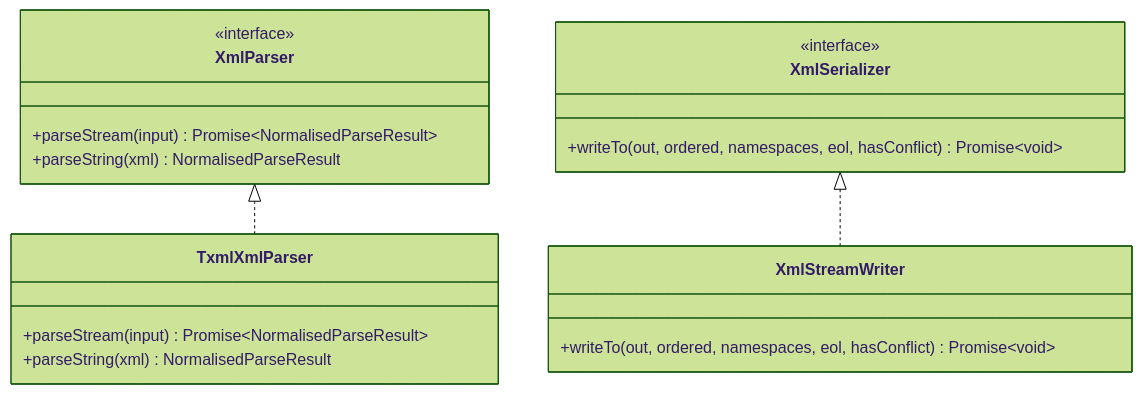
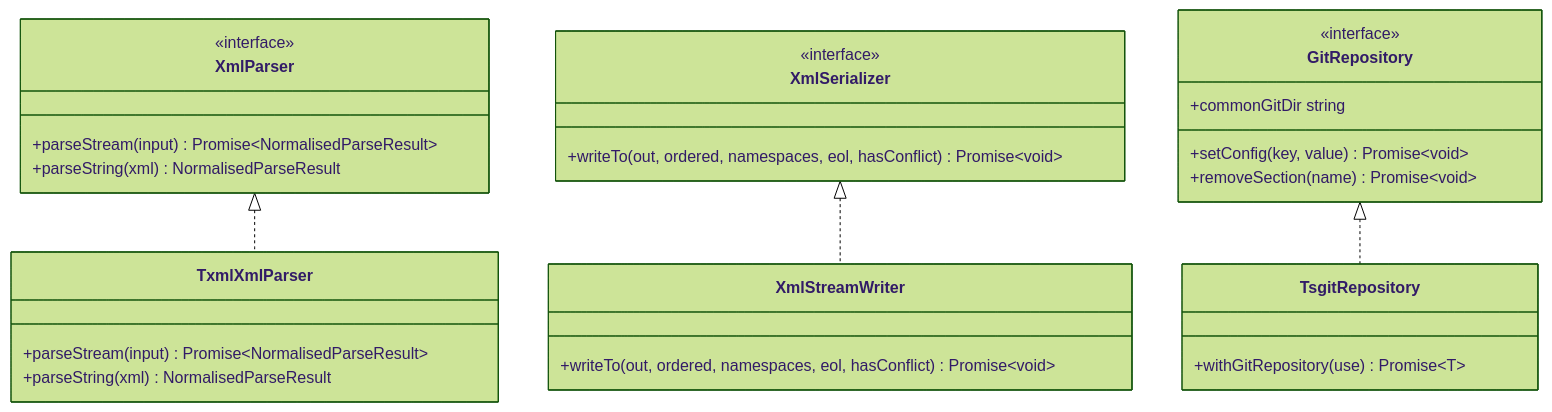
The fourth of 8 diagrams in DESIGN.md (scolladon/sf-git-merge-driver), drawn with Mermaid (forest theme) before and after one commit. The commit also changed other lines of this file and 18 other files, not shown here.

Commit message:
fix(git): resolve the repository without shelling out to git (#215)

````diff
--- a/DESIGN.md
+++ b/DESIGN.md
@@ -165,25 +165,38 @@
 ```mermaid
 classDiagram
     class XmlParser {
         <<interface>>
         +parseStream(input) Promise~NormalisedParseResult~
         +parseString(xml) NormalisedParseResult
     }
 
     class XmlSerializer {
         <<interface>>
         +writeTo(out, ordered, namespaces, eol, hasConflict) Promise~void~
     }
 
     class TxmlXmlParser {
         +parseStream(input) Promise~NormalisedParseResult~
         +parseString(xml) NormalisedParseResult
     }
 
     class XmlStreamWriter {
         +writeTo(out, ordered, namespaces, eol, hasConflict) Promise~void~
     }
 
     XmlParser <|.. TxmlXmlParser
     XmlSerializer <|.. XmlStreamWriter
+
+    class GitRepository {
+        <<interface>>
+        +commonGitDir string
+        +setConfig(key, value) Promise~void~
+        +removeSection(name) Promise~void~
+    }
+
+    class TsgitRepository {
+        +withGitRepository(use) Promise~T~
+    }
+
+    GitRepository <|.. TsgitRepository
 ```
````
